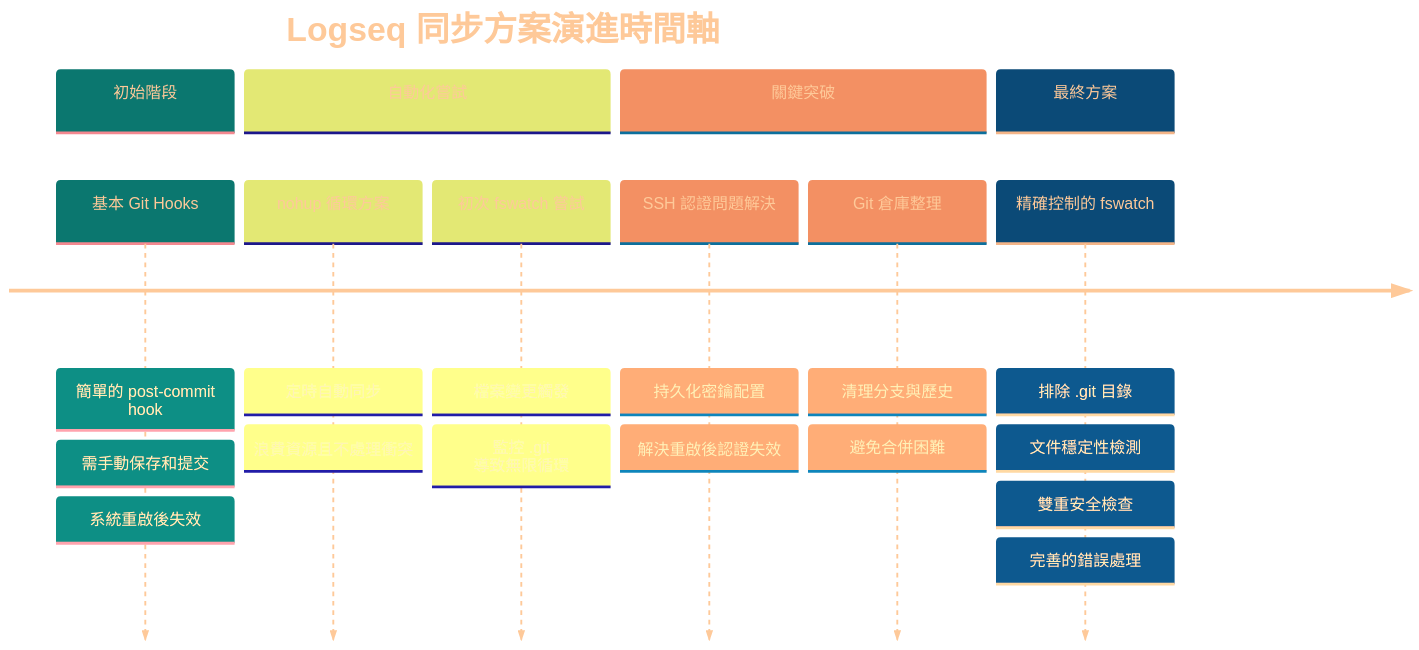
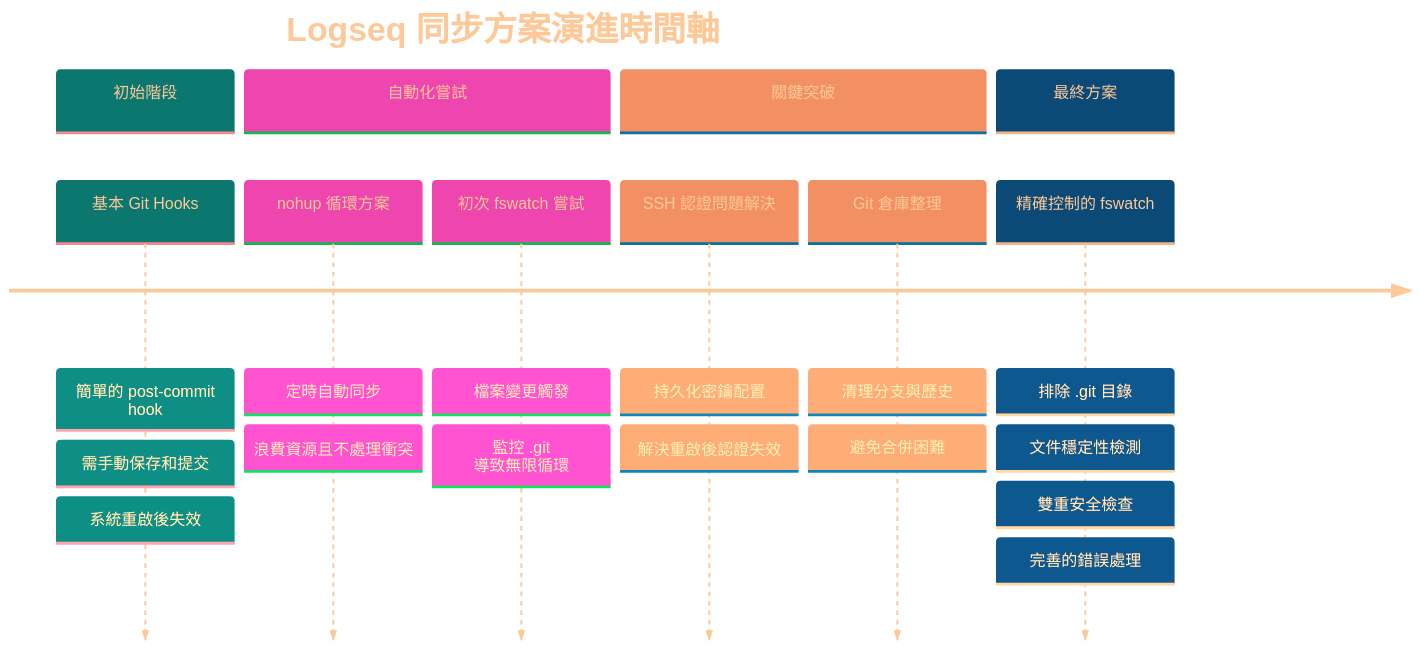
One commit to GengGeng026/Sync-Logseq changed the first of 2 diagrams in Logseq同步方案演進記錄.md. Above: the diagram before and after it, drawn with Mermaid.

Commit message:
Auto-sync: Wed Mar 26 10:05:47 +08 2025

````diff
--- a/Logseq同步方案演進記錄.md
+++ b/Logseq同步方案演進記錄.md
@@ -24,38 +24,38 @@
 ```mermaid
 %%{init: {
   'theme': 'base', 
   'themeVariables': {
     'primaryTextColor': '#FEC999',
     'primaryColor': '#19E9D9',
-    'secondaryColor': '#F9FAE1',
+    'secondaryColor': '#F9BAE1',
     'tertiaryColor': '#FCE4D9',
     'primaryBorderColor': '#A9D9D9',
     'background': 'transparent',
     'clusterBkg': 'transparent',
     'fontFamily': 'default',
     'fontSize': '17px',
     'fontWeight': 'normal'
   }
 }}%%
 timeline
     title Logseq 同步方案演進時間軸
     section 初始階段
         基本 Git Hooks : 簡單的 post-commit hook
         : 需手動保存和提交
         : 系統重啟後失效
     section 自動化嘗試
         nohup 循環方案 : 定時自動同步
         : 浪費資源且不處理衝突
         初次 fswatch 嘗試 : 檔案變更觸發
         : 監控 .git 導致無限循環
     section 關鍵突破
         SSH 認證問題解決 : 持久化密鑰配置
         : 解決重啟後認證失效
         Git 倉庫整理 : 清理分支與歷史
         : 避免合併困難
     section 最終方案
         精確控制的 fswatch : 排除 .git 目錄
         : 文件穩定性檢測
         : 雙重安全檢查
         : 完善的錯誤處理
 ```
````
